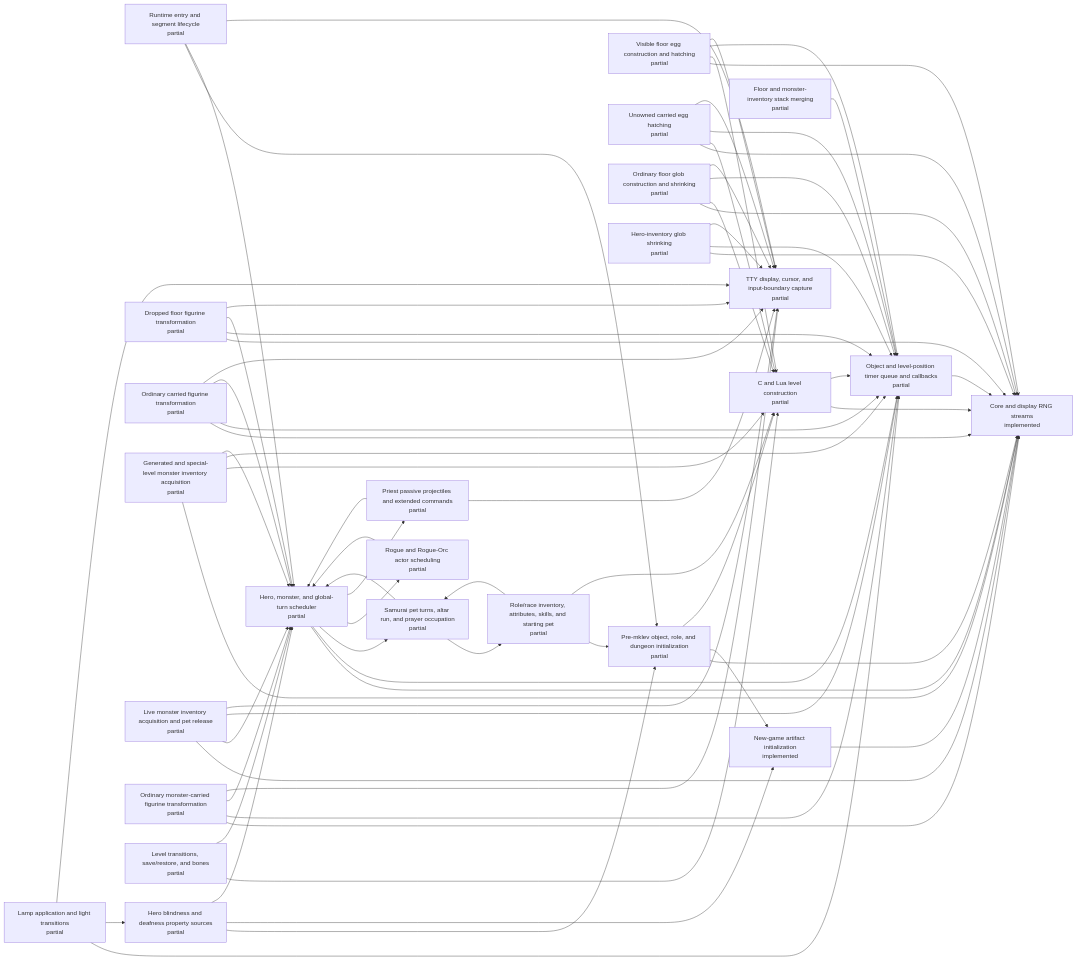
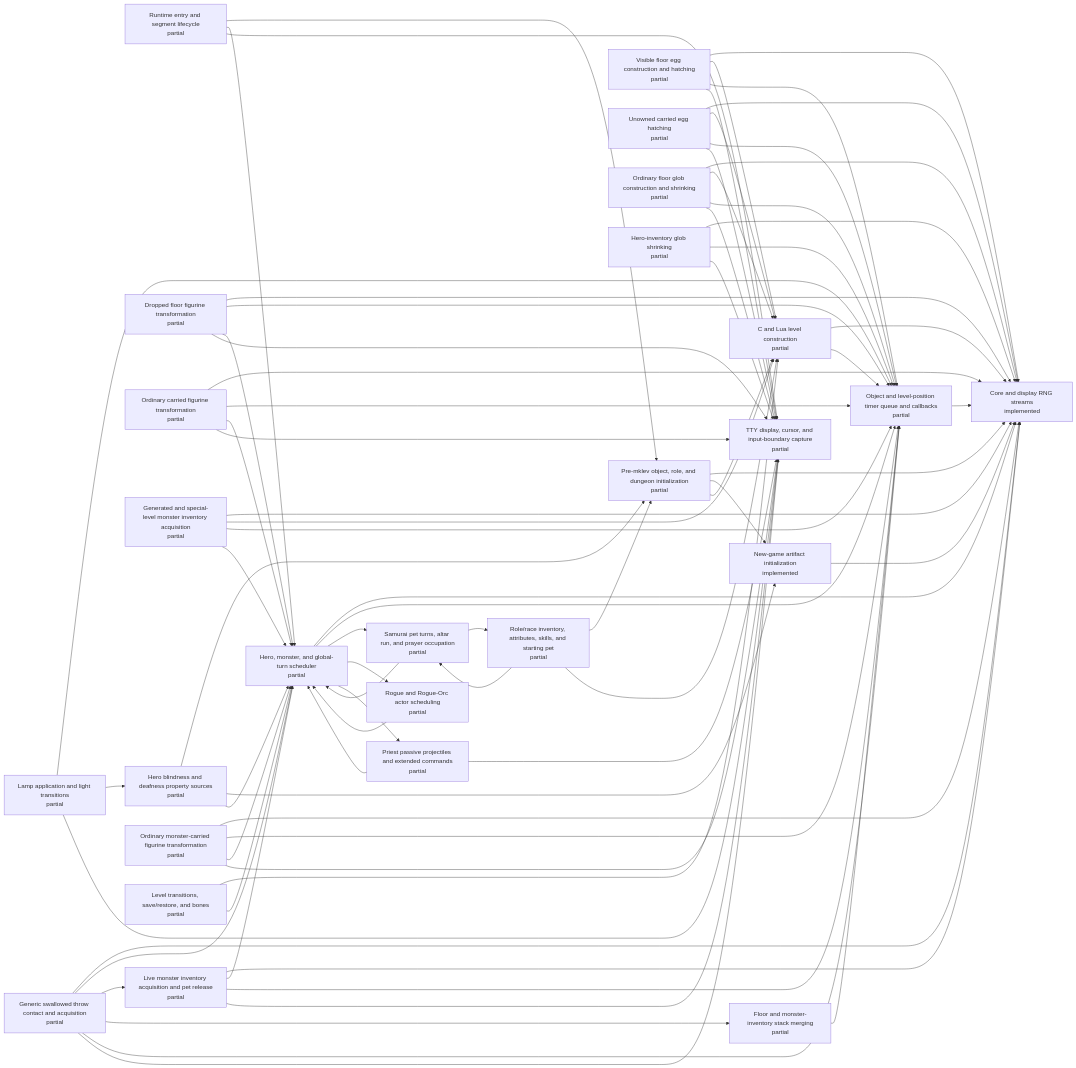
The diagram in docs/architecture/c-lua-ownership.generated.md (daoa0601/teleport-contest), drawn with Mermaid before and after one commit. The commit also changed other lines of this file and 3 other files, not shown here.

Commit message:
Map generic swallowed throw ownership

```diff
--- a/docs/architecture/c-lua-ownership.generated.md
+++ b/docs/architecture/c-lua-ownership.generated.md
@@ -26,6 +26,7 @@
     n_carried_figurine_transform["Ordinary carried figurine transformation<br/>partial"]
     n_generated_monster_inventory["Generated and special-level monster inventory acquisition<br/>partial"]
     n_runtime_monster_inventory_acquisition["Live monster inventory acquisition and pet release<br/>partial"]
+    n_generic_swallowed_throw["Generic swallowed throw contact and acquisition<br/>partial"]
     n_object_stack_merging["Floor and monster-inventory stack merging<br/>partial"]
     n_monster_figurine_transform["Ordinary monster-carried figurine transformation<br/>partial"]
     n_timed_lamp_application["Lamp application and light transitions<br/>partial"]
@@ -82,6 +83,12 @@
     n_runtime_monster_inventory_acquisition --> n_turn_scheduler
     n_runtime_monster_inventory_acquisition --> n_object_timer_queue
     n_runtime_monster_inventory_acquisition --> n_tty_display
+    n_generic_swallowed_throw --> n_rng_core
+    n_generic_swallowed_throw --> n_turn_scheduler
+    n_generic_swallowed_throw --> n_runtime_monster_inventory_acquisition
+    n_generic_swallowed_throw --> n_object_stack_merging
+    n_generic_swallowed_throw --> n_object_timer_queue
+    n_generic_swallowed_throw --> n_tty_display
     n_object_stack_merging --> n_object_timer_queue
     n_monster_figurine_transform --> n_rng_core
     n_monster_figurine_transform --> n_object_timer_queue
```
